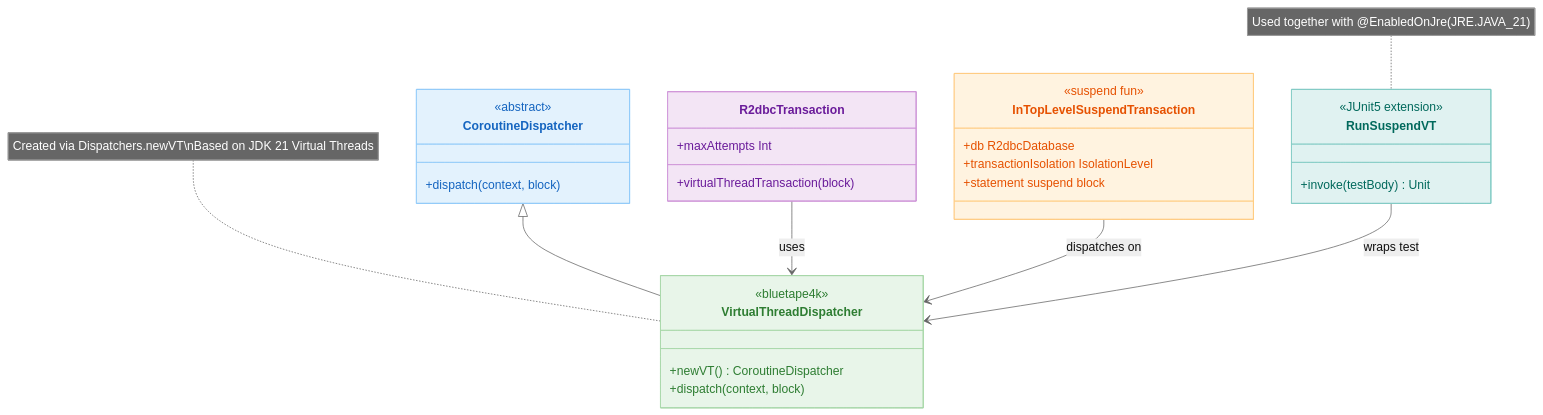
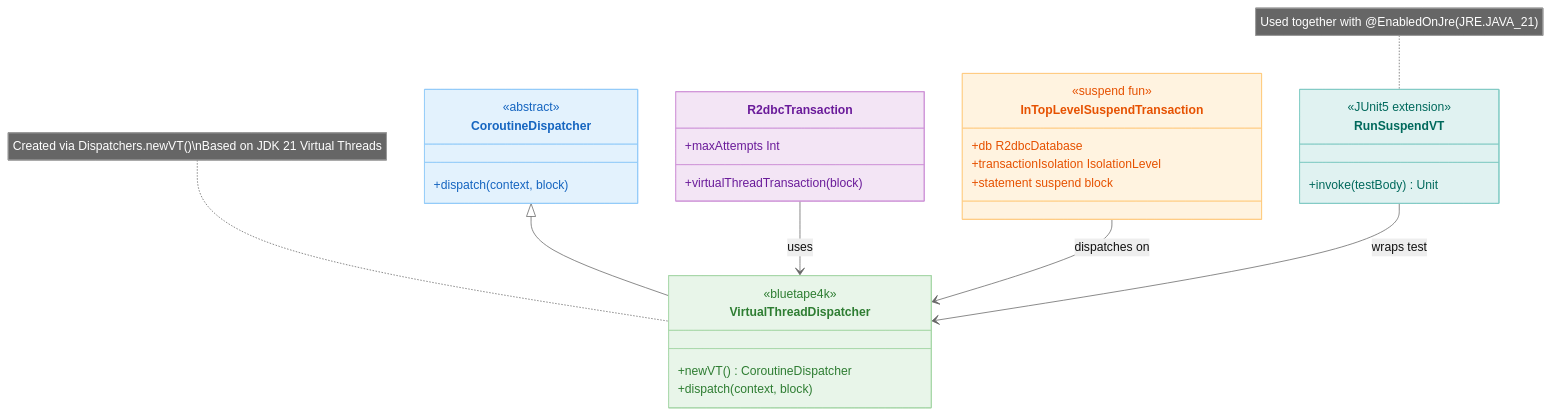
One commit to bluetape4k/exposed-r2dbc-workshop changed the third of 3 diagrams in 08-r2dbc-coroutines/02-exposed-r2dbc-virtualthreads-basic/README.md. Above: the diagram before and after it, drawn with Mermaid. The commit also changed other lines of this file and 25 other files, not shown here.

````diff
--- a/08-r2dbc-coroutines/02-exposed-r2dbc-virtualthreads-basic/README.md
+++ b/08-r2dbc-coroutines/02-exposed-r2dbc-virtualthreads-basic/README.md
@@ -290,41 +290,41 @@
 ```mermaid
 %%{init: {"theme": "neutral"}}%%
 classDiagram
     class CoroutineDispatcher {
         <<abstract>>
         +dispatch(context, block)
     }
     class VirtualThreadDispatcher {
         <<bluetape4k>>
         +newVT() CoroutineDispatcher
         +dispatch(context, block)
     }
     class R2dbcTransaction {
         +virtualThreadTransaction(block)
         +maxAttempts Int
     }
     class InTopLevelSuspendTransaction {
         <<suspend fun>>
         +db R2dbcDatabase
         +transactionIsolation IsolationLevel
         +statement suspend block
     }
     class RunSuspendVT {
         <<JUnit5 extension>>
         +invoke(testBody) Unit
     }
 
     CoroutineDispatcher <|-- VirtualThreadDispatcher
     R2dbcTransaction --> VirtualThreadDispatcher : uses
     InTopLevelSuspendTransaction --> VirtualThreadDispatcher : dispatches on
     RunSuspendVT --> VirtualThreadDispatcher : wraps test
 
-    note for VirtualThreadDispatcher "Created via Dispatchers.newVT\nBased on JDK 21 Virtual Threads"
+    note for VirtualThreadDispatcher "Created via Dispatchers.newVT()\nBased on JDK 21 Virtual Threads"
     note for RunSuspendVT "Used together with @EnabledOnJre(JRE.JAVA_21)"
 
     style CoroutineDispatcher fill:#E3F2FD,stroke:#90CAF9,color:#1565C0
     style VirtualThreadDispatcher fill:#E8F5E9,stroke:#A5D6A7,color:#2E7D32
     style R2dbcTransaction fill:#F3E5F5,stroke:#CE93D8,color:#6A1B9A
     style InTopLevelSuspendTransaction fill:#FFF3E0,stroke:#FFCC80,color:#E65100
     style RunSuspendVT fill:#E0F2F1,stroke:#80CBC4,color:#00695C
 ```
````
